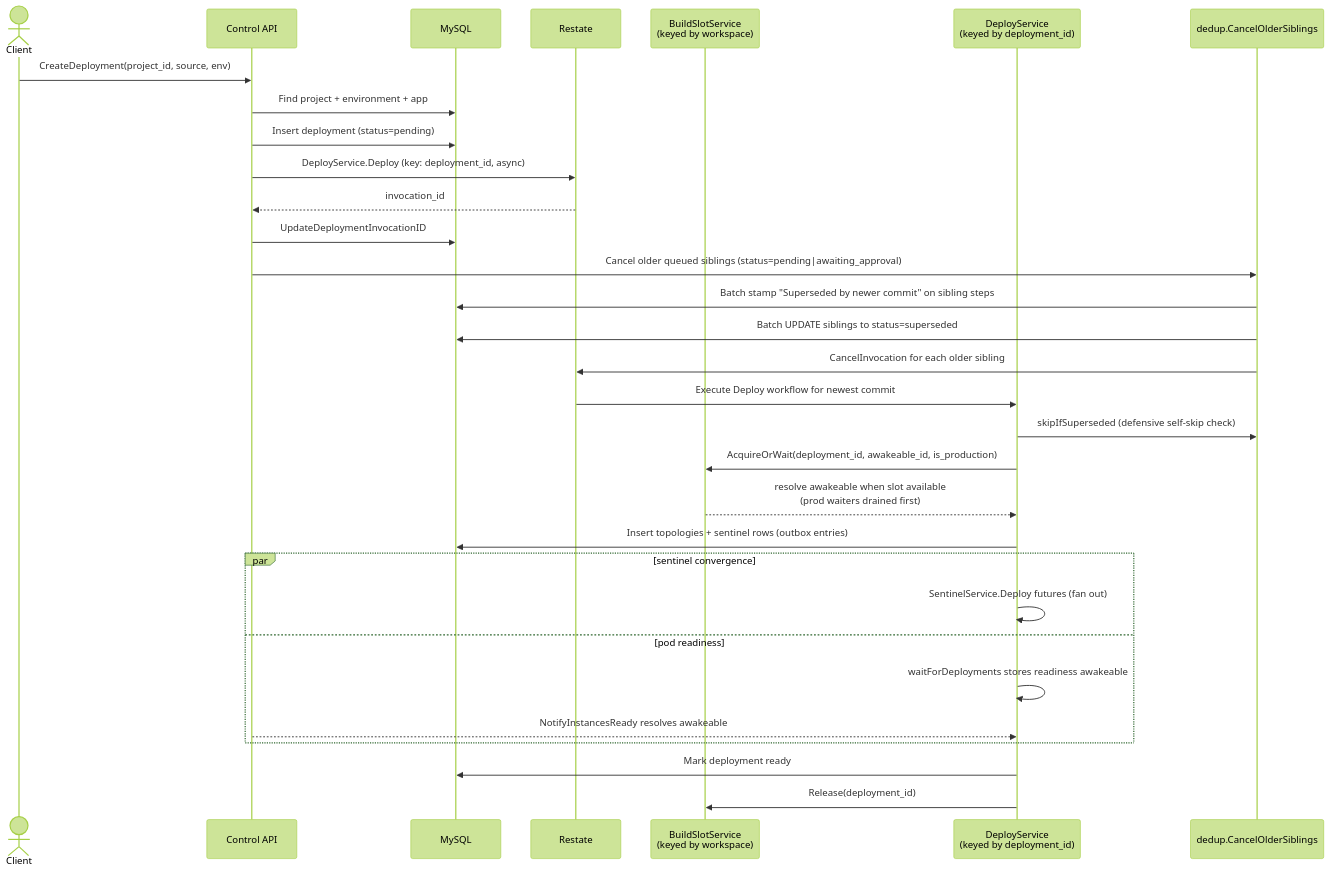
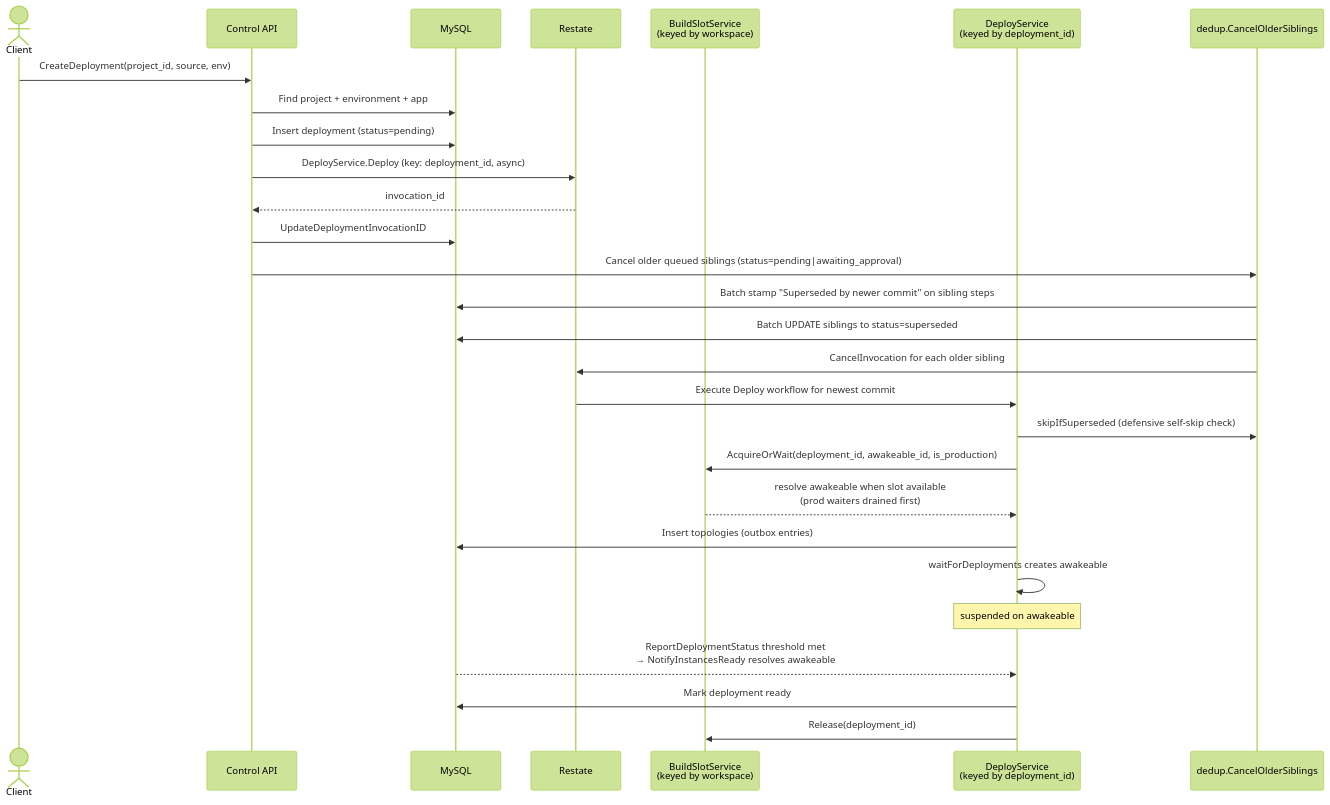
Before and after one commit to unkeyed/unkey: the first of 4 diagrams in docs/engineering/architecture/services/control-plane/worker/workflows/deployments.mdx, drawn with Mermaid (forest theme). The commit also changed other lines of this file and 66 other files, not shown here.

````diff
--- a/docs/engineering/architecture/services/control-plane/worker/workflows/deployments.mdx
+++ b/docs/engineering/architecture/services/control-plane/worker/workflows/deployments.mdx
@@ -30,34 +30,31 @@
 ```mermaid
 sequenceDiagram
   actor Client
   participant CtrlAPI as Control API
   participant DB as MySQL
   participant Restate as Restate
   participant BuildSlot as BuildSlotService<br/>(keyed by workspace)
   participant Worker as DeployService<br/>(keyed by deployment_id)
   participant Dedup as dedup.CancelOlderSiblings
 
   Client->>CtrlAPI: CreateDeployment(project_id, source, env)
   CtrlAPI->>DB: Find project + environment + app
   CtrlAPI->>DB: Insert deployment (status=pending)
   CtrlAPI->>Restate: DeployService.Deploy (key: deployment_id, async)
   Restate-->>CtrlAPI: invocation_id
   CtrlAPI->>DB: UpdateDeploymentInvocationID
   CtrlAPI->>Dedup: Cancel older queued siblings (status=pending|awaiting_approval)
   Dedup->>DB: Batch stamp "Superseded by newer commit" on sibling steps
   Dedup->>DB: Batch UPDATE siblings to status=superseded
   Dedup->>Restate: CancelInvocation for each older sibling
   Restate->>Worker: Execute Deploy workflow for newest commit
   Worker->>Dedup: skipIfSuperseded (defensive self-skip check)
   Worker->>BuildSlot: AcquireOrWait(deployment_id, awakeable_id, is_production)
   BuildSlot-->>Worker: resolve awakeable when slot available<br/>(prod waiters drained first)
-  Worker->>DB: Insert topologies + sentinel rows (outbox entries)
-  par sentinel convergence
-    Worker->>Worker: SentinelService.Deploy futures (fan out)
-  and pod readiness
-    Worker->>Worker: waitForDeployments stores readiness awakeable
-    CtrlAPI-->>Worker: NotifyInstancesReady resolves awakeable
-  end
+  Worker->>DB: Insert topologies (outbox entries)
+  Worker->>Worker: waitForDeployments creates awakeable
+  Note over Worker: suspended on awakeable
+  DB-->>Worker: ReportDeploymentStatus threshold met<br/>→ NotifyInstancesReady resolves awakeable
   Worker->>DB: Mark deployment ready
   Worker->>BuildSlot: Release(deployment_id)
 ```
````
